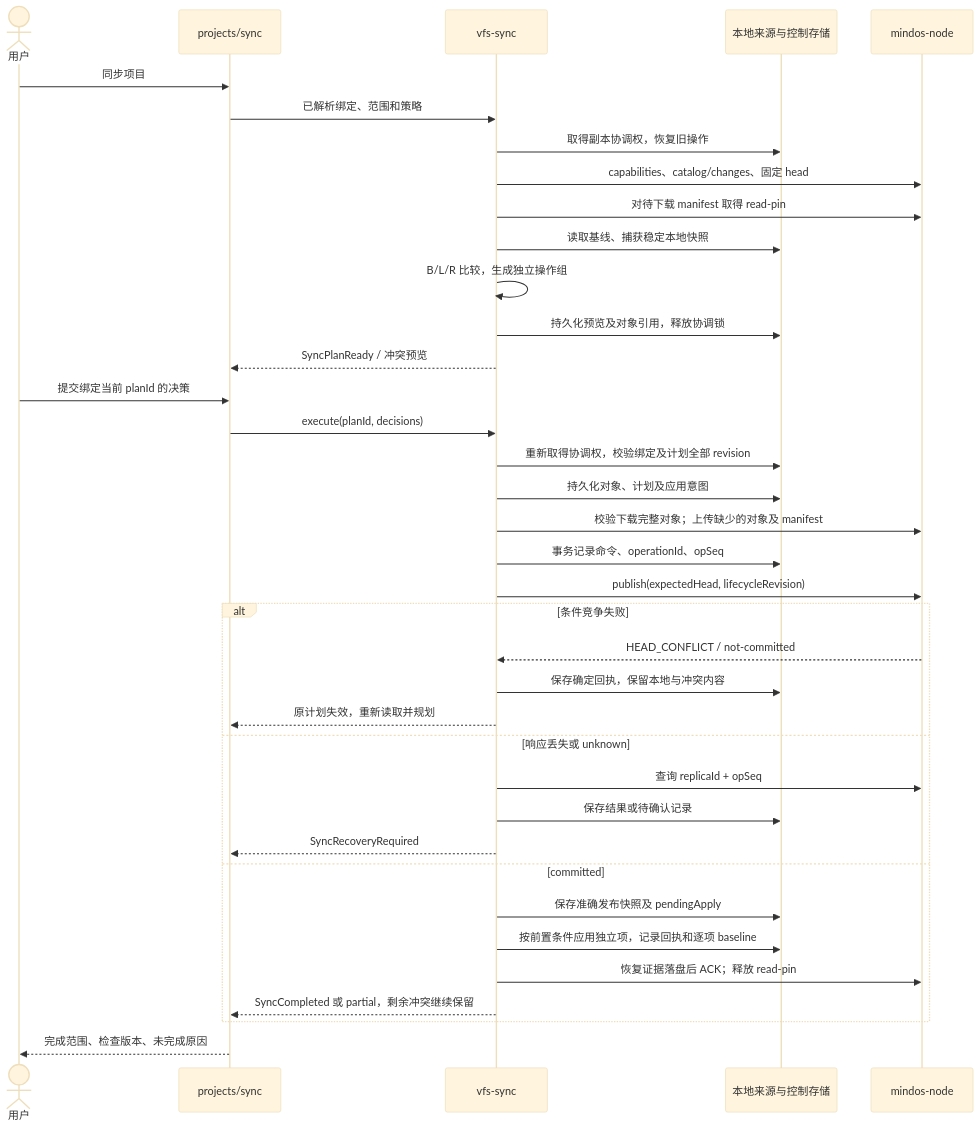
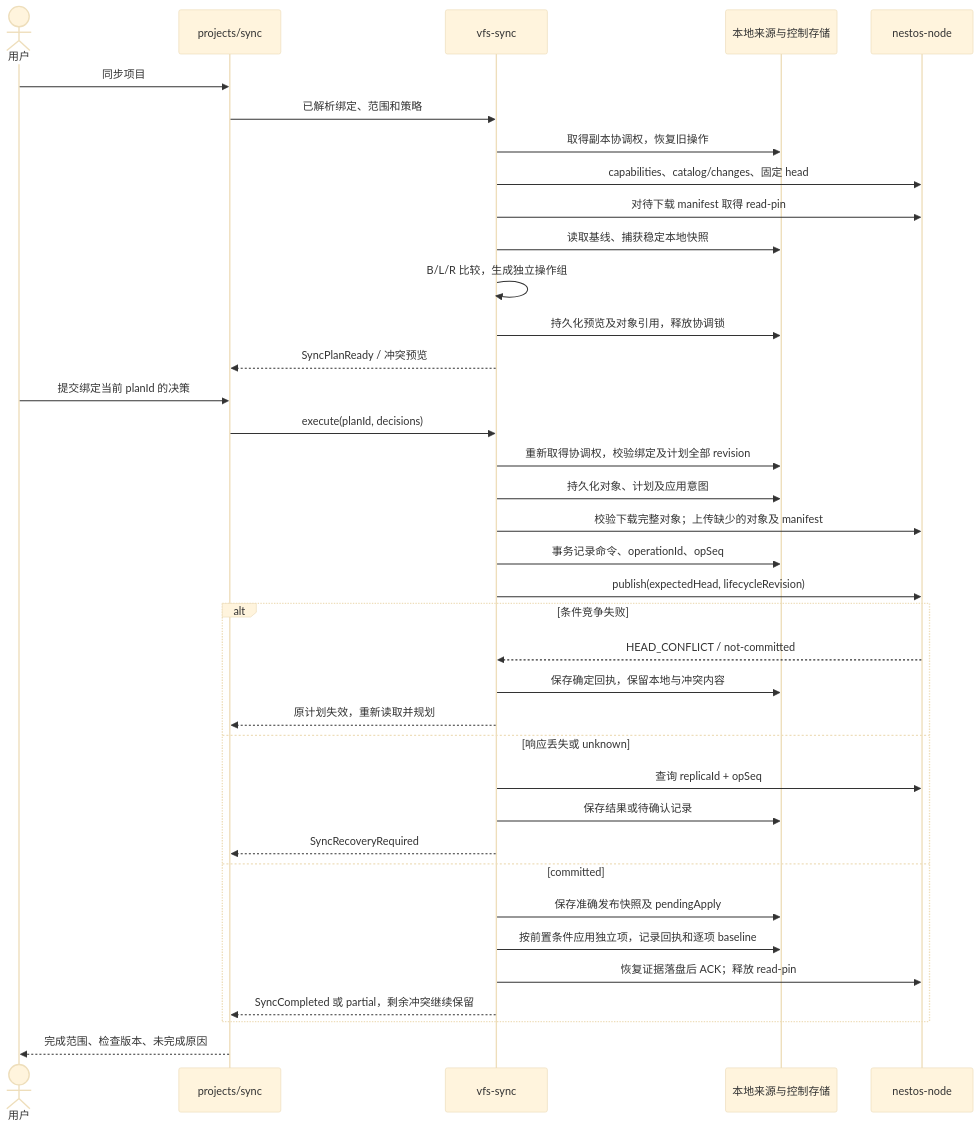
One commit to mushuanli/NestOS changed the fourth of 6 diagrams in doc/design/project-sync.md. Above: the diagram before and after it, drawn with Mermaid (base theme). The commit also changed other lines of this file and 428 other files, not shown here.

````diff
--- a/doc/design/project-sync.md
+++ b/doc/design/project-sync.md
@@ -950,39 +950,39 @@
 ```mermaid
 sequenceDiagram
     actor U as 用户
     participant P as projects/sync
     participant C as vfs-sync
     participant L as 本地来源与控制存储
-    participant S as mindos-node
+    participant S as nestos-node
     U->>P: 同步项目
     P->>C: 已解析绑定、范围和策略
     C->>L: 取得副本协调权，恢复旧操作
     C->>S: capabilities、catalog/changes、固定 head
     C->>S: 对待下载 manifest 取得 read-pin
     C->>L: 读取基线、捕获稳定本地快照
     C->>C: B/L/R 比较，生成独立操作组
     C->>L: 持久化预览及对象引用，释放协调锁
     C-->>P: SyncPlanReady / 冲突预览
     U->>P: 提交绑定当前 planId 的决策
     P->>C: execute(planId, decisions)
     C->>L: 重新取得协调权，校验绑定及计划全部 revision
     C->>L: 持久化对象、计划及应用意图
     C->>S: 校验下载完整对象；上传缺少的对象及 manifest
     C->>L: 事务记录命令、operationId、opSeq
     C->>S: publish(expectedHead, lifecycleRevision)
     alt 条件竞争失败
         S-->>C: HEAD_CONFLICT / not-committed
         C->>L: 保存确定回执，保留本地与冲突内容
         C-->>P: 原计划失效，重新读取并规划
     else 响应丢失或 unknown
         C->>S: 查询 replicaId + opSeq
         C->>L: 保存结果或待确认记录
         C-->>P: SyncRecoveryRequired
     else committed
         C->>L: 保存准确发布快照及 pendingApply
         C->>L: 按前置条件应用独立项，记录回执和逐项 baseline
         C->>S: 恢复证据落盘后 ACK；释放 read-pin
         C-->>P: SyncCompleted 或 partial，剩余冲突继续保留
     end
     P-->>U: 完成范围、检查版本、未完成原因
 ```
````
